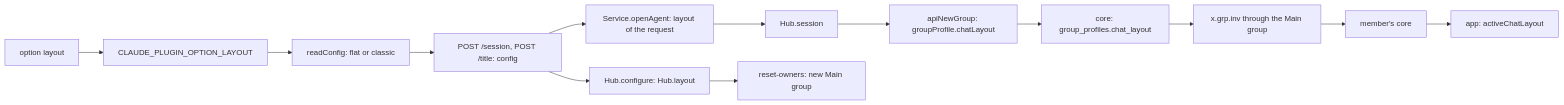
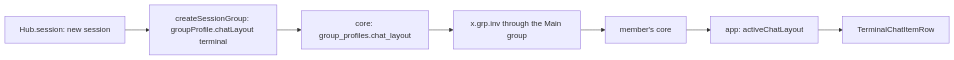
The third of 4 diagrams in plans/2026-11-12-mcp-flat-sessions.md (simplex-chat/simplex-chat), drawn with Mermaid before and after one commit. The commit also changed other lines of this file, not shown here.

Commit message:
plan: mcp-flat-sessions, the user's answers

````diff
--- a/plans/2026-11-12-mcp-flat-sessions.md
+++ b/plans/2026-11-12-mcp-flat-sessions.md
@@ -216,15 +165,9 @@
 ```mermaid
 flowchart LR
-  U[option layout] --> E[CLAUDE_PLUGIN_OPTION_LAYOUT]
-  E --> R[readConfig: flat or classic]
-  R --> Q[POST /session, POST /title: config]
-  Q --> O[Service.openAgent: layout of the request]
-  O --> H[Hub.session]
-  H --> G[apiNewGroup: groupProfile.chatLayout]
-  Q --> C[Hub.configure: Hub.layout]
-  C --> M[reset-owners: new Main group]
+  H[Hub.session: new session] --> G[createSessionGroup: groupProfile.chatLayout terminal]
   G --> K[core: group_profiles.chat_layout]
   K --> I[x.grp.inv through the Main group]
   I --> N[member's core]
   N --> A[app: activeChatLayout]
+  A --> T[TerminalChatItemRow]
 ```
````
